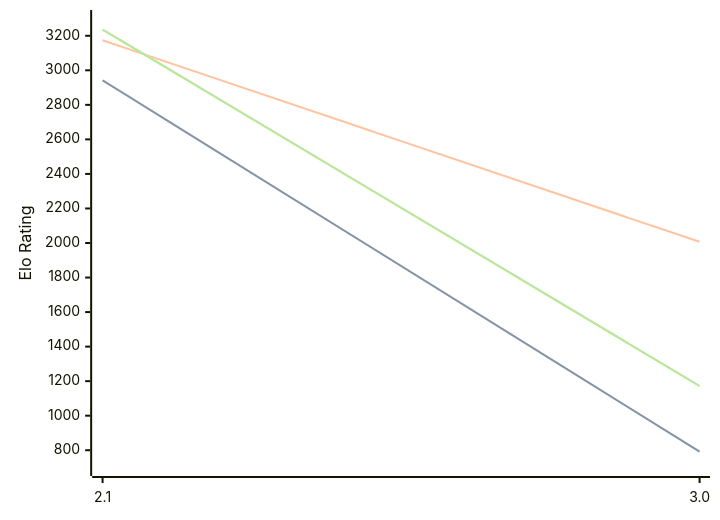
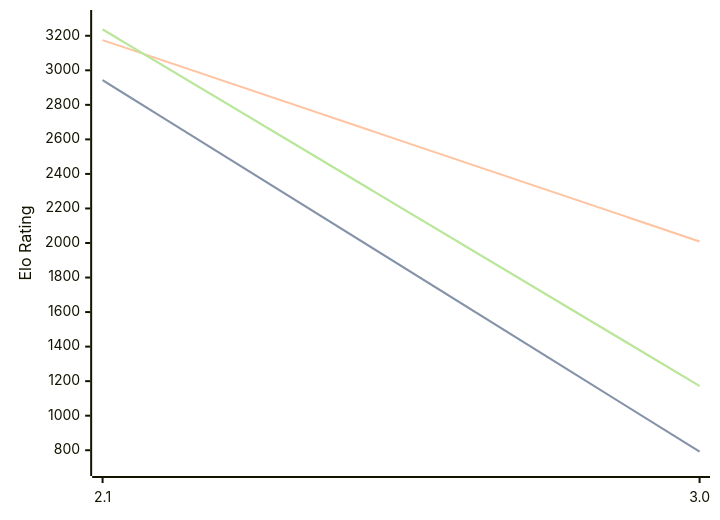
Before and after one commit to computer-chess-index/cci: the diagram in engines/Quirky.md, drawn with Mermaid. The commit also changed other lines of this file, not shown here.

Commit message:
Update CCI Ratings (ELO VLTC) - 2026-06-11

````diff
--- a/engines/Quirky.md
+++ b/engines/Quirky.md
@@ -34,11 +34,11 @@
 ```mermaid
 %%{init: {"theme":"base","themeVariables":{"seriesColors:['#a3a3a3','#222221','#faa371']}}}%%
 xychart-beta
   x-axis ["2.1", "3.0"]
   y-axis "Elo Rating" 700 --> 3300
-  line "STC (8.0+0.08s)" [2942, 792]
-  line "STC (8.0+0.08s)" [2942, 792]
-  line "LTC (60.0+0.60s)" [3174, 2007]
-  line "VLTC (2m24s+1.12s)" [3236, 1172]
-  line "VLTC (2m24s+1.12s)" [3236, 1172]
+  line "STC (8.0+0.08s)" [2943, 792]
+  line "STC (8.0+0.08s)" [2943, 792]
+  line "LTC (60.0+0.60s)" [3175, 2009]
+  line "VLTC (2m24s+1.12s)" [3237, 1172]
+  line "VLTC (2m24s+1.12s)" [3237, 1172]
 ```
````
